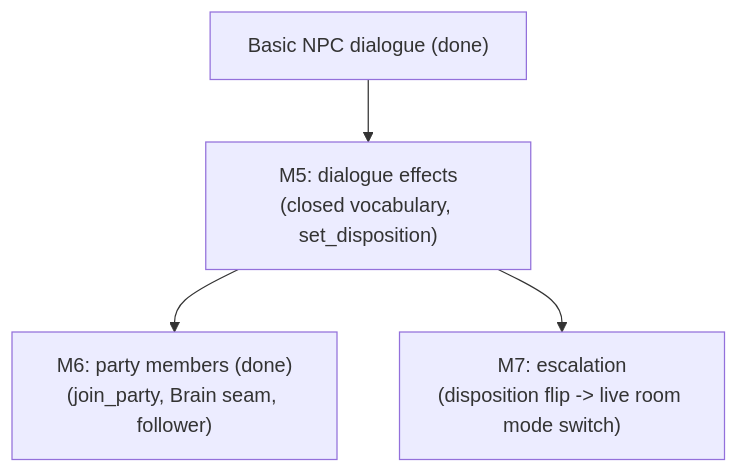
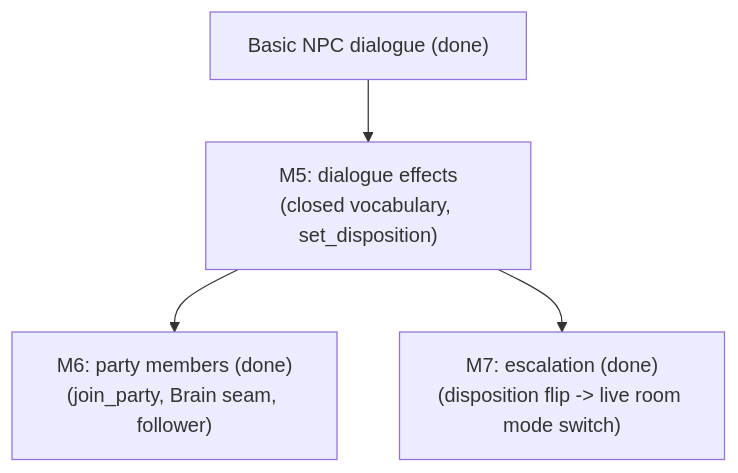
The diagram in docs/ROADMAP.md (GoldenWind8/roguelike-mvp), drawn with Mermaid before and after one commit. The commit also changed other lines of this file and 11 other files, not shown here.

````diff
--- a/docs/ROADMAP.md
+++ b/docs/ROADMAP.md
@@ -31,6 +33,6 @@
 ```mermaid
 flowchart TD
     E["Basic NPC dialogue (done)"] --> F["M5: dialogue effects<br/>(closed vocabulary, set_disposition)"]
     F --> G["M6: party members (done)<br/>(join_party, Brain seam, follower)"]
-    F --> H["M7: escalation<br/>(disposition flip -> live room mode switch)"]
+    F --> H["M7: escalation (done)<br/>(disposition flip -> live room mode switch)"]
 ```
````
